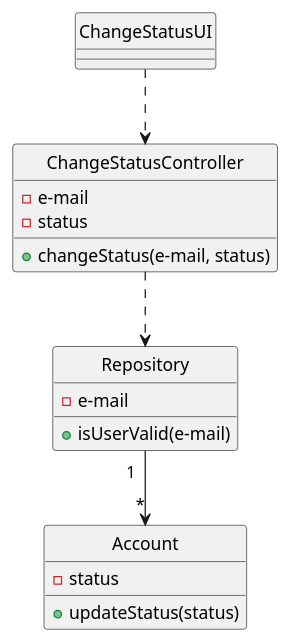
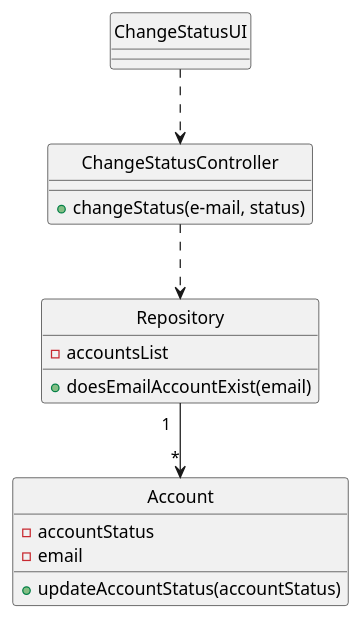
Before and after one commit to Loracline/project_switch_22-23: the diagram in docs/modelling_design/user_stories/us005/US005_Class_Diagram.puml, drawn with PlantUML. The commit also changed 7 other files, not shown here.

Commit message:
[US005 / US006] | Refinement of Account and Repository classes | Creation of updateAccountStatus method & doesEmailAccountExist method | Getter and Setter methods needed | Tests (not finished) | Update of Class Diagram and Sequence Diagram

```diff
--- a/docs/modelling_design/user_stories/us005/US005_Class_Diagram.puml
+++ b/docs/modelling_design/user_stories/us005/US005_Class_Diagram.puml
@@ -1,33 +1,33 @@
 @startuml
 
 class "ChangeStatusUI"
 class "ChangeStatusController"
 class "Repository"
 class "Account"
 
 "ChangeStatusUI" ..> "ChangeStatusController"
 "ChangeStatusController"  ..> "Repository"
 "Repository" "1  " -->"*" "Account"
 
 class "ChangeStatusController"{
-- e-mail
-- status
 +changeStatus(e-mail, status)
 }
+
 class "Repository"{
--e-mail
-+isUserValid(e-mail)
+-accountsList
++doesEmailAccountExist(email)
 }
 
 
 class Account{
-- status
-+ updateStatus(status)
+- accountStatus
+- email
++ updateAccountStatus(accountStatus)
 }
 
 hide "ChangeStatusUI" circle
 hide "ChangeStatusController" circle
 hide "Repository" circle
 hide "Account" circle
 
 @enduml
```
